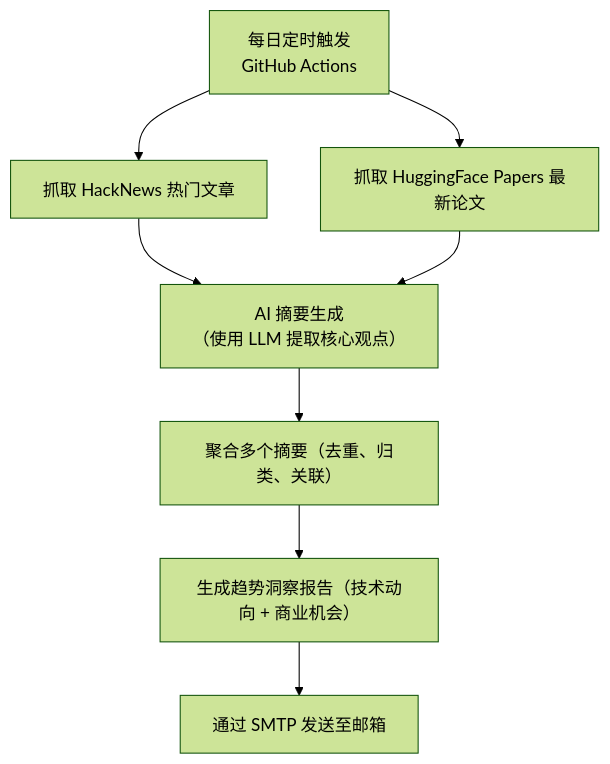
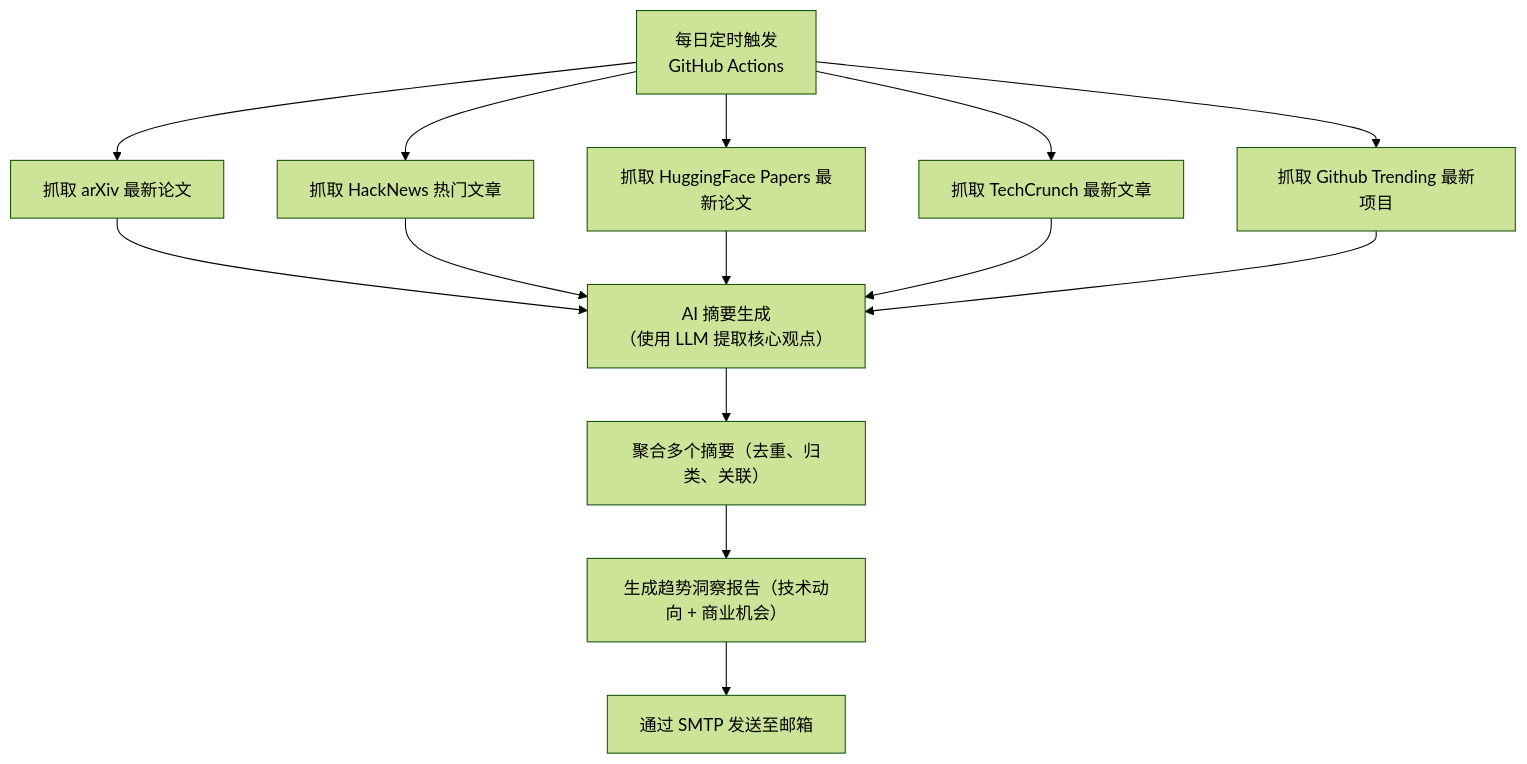
Before and after one commit to cv70/ActionSchedule: the diagram in README.md, drawn with Mermaid (forest theme). The commit also changed other lines of this file and 2 other files, not shown here.

Commit message:
add sleep

````diff
--- a/README.md
+++ b/README.md
@@ -9,10 +9,16 @@
 ```mermaid
 graph TD
-    A[每日定时触发<br>GitHub Actions] --> B[抓取 HackNews 热门文章]
-    A --> C[抓取 HuggingFace Papers 最新论文]
-    B --> D[AI 摘要生成<br>（使用 LLM 提取核心观点）]
-    C --> D
-    D --> E[聚合多个摘要（去重、归类、关联）]
-    E --> F[生成趋势洞察报告（技术动向 + 商业机会）]
-    F --> G[通过 SMTP 发送至邮箱]
+    A[每日定时触发<br>GitHub Actions] --> B[抓取 arXiv 最新论文]
+    A --> C[抓取 HackNews 热门文章]
+    A --> D[抓取 HuggingFace Papers 最新论文]
+    A --> E[抓取 TechCrunch 最新文章]
+    A --> F[抓取 Github Trending 最新项目]
+    B --> G[AI 摘要生成<br>（使用 LLM 提取核心观点）]
+    C --> G
+    D --> G
+    E --> G
+    F --> G
+    G --> H[聚合多个摘要（去重、归类、关联）]
+    H --> I[生成趋势洞察报告（技术动向 + 商业机会）]
+    I --> J[通过 SMTP 发送至邮箱]
 ```
````
